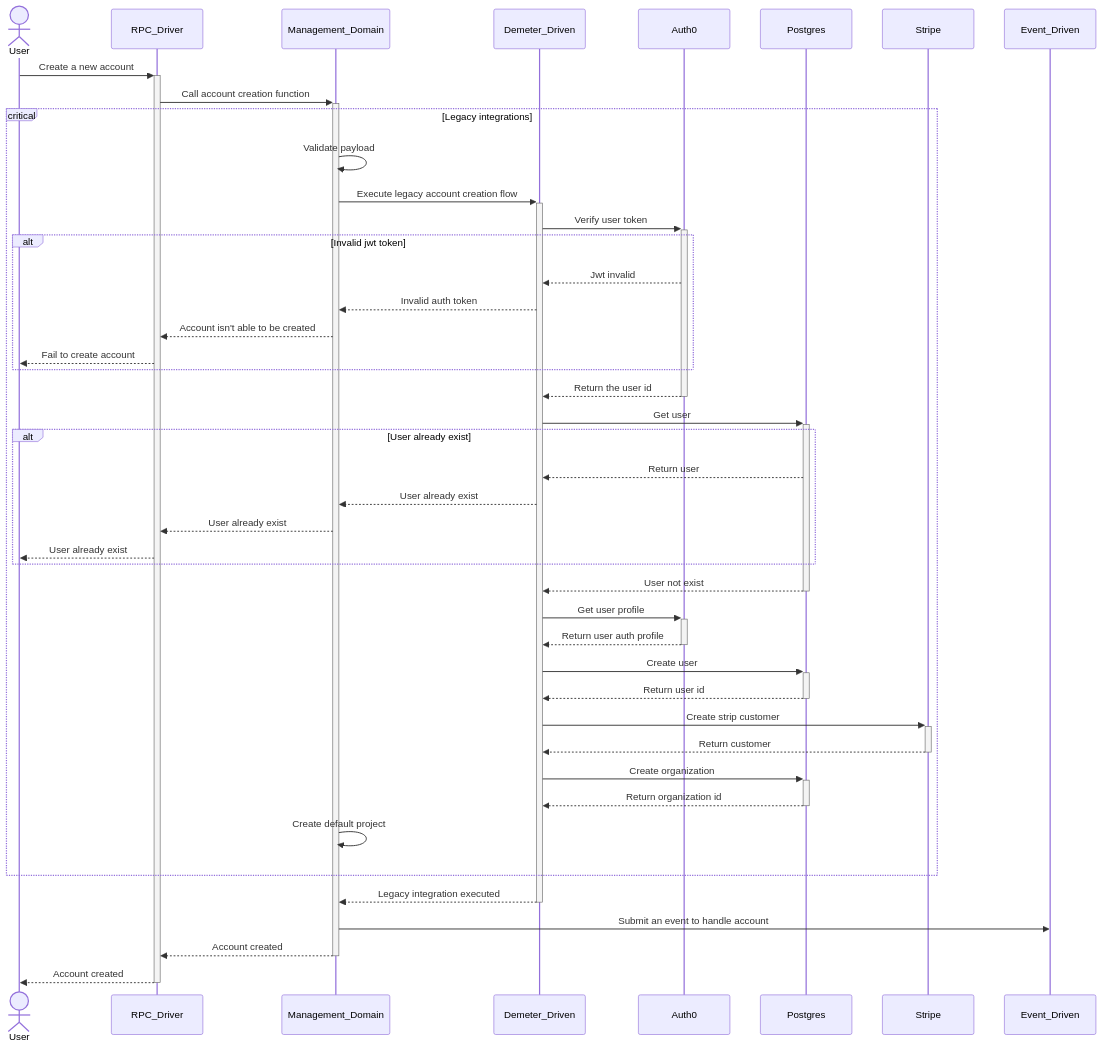
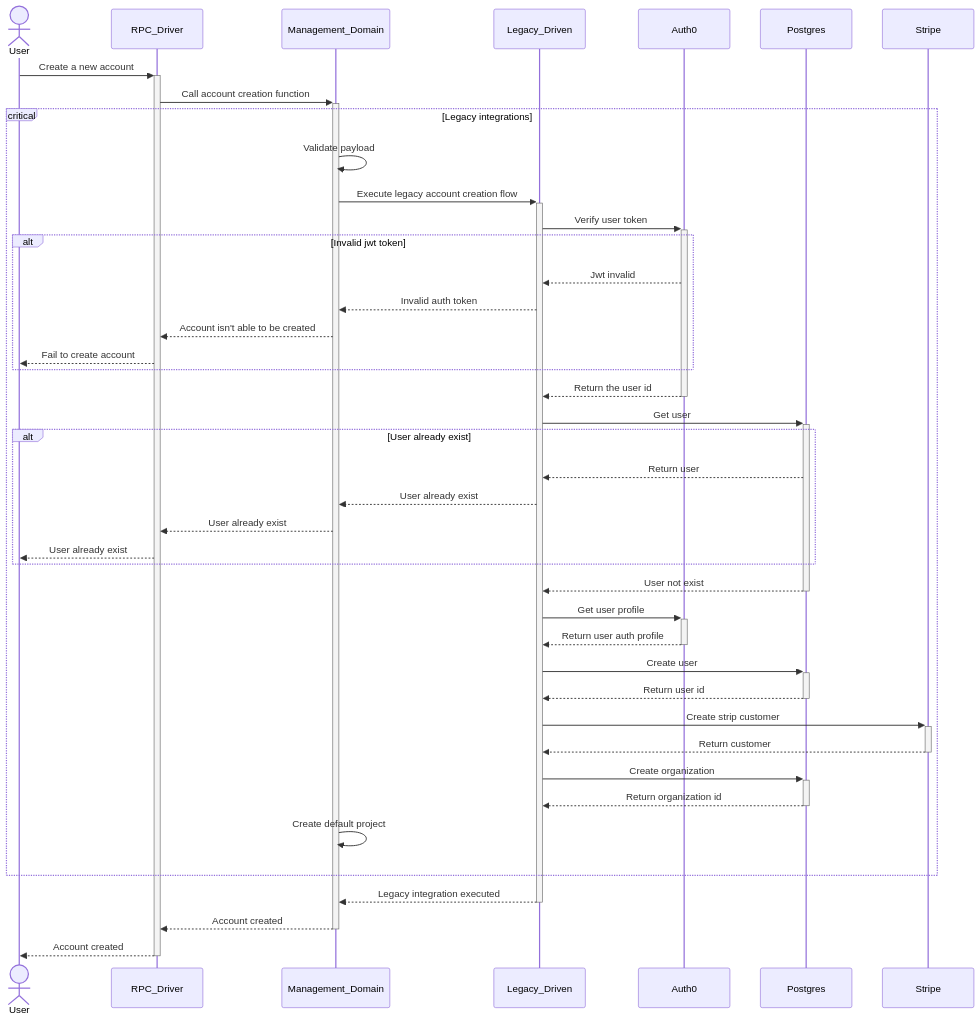
One commit to demeter-run/fabric changed the diagram in diagrams/legacy.md. Above: the diagram before and after it, drawn with Mermaid.

````diff
--- a/diagrams/legacy.md
+++ b/diagrams/legacy.md
@@ -9,52 +9,51 @@
 ```mermaid
 sequenceDiagram
     actor User
 
     User->>+RPC_Driver: Create a new account
     RPC_Driver->>+Management_Domain: Call account creation function
 
     critical Legacy integrations
 
         Management_Domain->>Management_Domain: Validate payload
 
-        Management_Domain->>+Demeter_Driven: Execute legacy account creation flow
-        Demeter_Driven->>+Auth0: Verify user token
+        Management_Domain->>+Legacy_Driven: Execute legacy account creation flow
+        Legacy_Driven->>+Auth0: Verify user token
+        
+        alt Invalid jwt token
+            Auth0-->>Legacy_Driven: Jwt invalid
+            Legacy_Driven-->>Management_Domain: Invalid auth token
+            Management_Domain-->>RPC_Driver: Account isn't able to be created
+            RPC_Driver-->>User: Fail to create account        
+        end 
 
-        alt Invalid jwt token
-            Auth0-->>Demeter_Driven: Jwt invalid
-            Demeter_Driven-->>Management_Domain: Invalid auth token
-            Management_Domain-->>RPC_Driver: Account isn't able to be created
-            RPC_Driver-->>User: Fail to create account
-        end
-
-        Auth0-->>-Demeter_Driven: Return the user id
-        Demeter_Driven->>+Postgres: Get user
+        Auth0-->>-Legacy_Driven: Return the user id
+        Legacy_Driven->>+Postgres: Get user
 
         alt User already exist
-            Postgres-->>Demeter_Driven: Return user
-            Demeter_Driven-->>Management_Domain: User already exist
+            Postgres-->>Legacy_Driven: Return user
+            Legacy_Driven-->>Management_Domain: User already exist
             Management_Domain-->>RPC_Driver: User already exist
             RPC_Driver-->>User: User already exist
         end
+        
+        Postgres-->>-Legacy_Driven: User not exist
+        Legacy_Driven->>+Auth0: Get user profile
+        Auth0-->>-Legacy_Driven: Return user auth profile
 
-        Postgres-->>-Demeter_Driven: User not exist
-        Demeter_Driven->>+Auth0: Get user profile
-        Auth0-->>-Demeter_Driven: Return user auth profile
+        Legacy_Driven->>+Postgres: Create user
+        Postgres-->>-Legacy_Driven: Return user id
 
-        Demeter_Driven->>+Postgres: Create user
-        Postgres-->>-Demeter_Driven: Return user id
+        Legacy_Driven->>+Stripe: Create strip customer
+        Stripe-->>-Legacy_Driven: Return customer
 
-        Demeter_Driven->>+Stripe: Create strip customer
-        Stripe-->>-Demeter_Driven: Return customer
-
-        Demeter_Driven->>+Postgres: Create organization
-        Postgres-->>-Demeter_Driven: Return organization id
+        Legacy_Driven->>+Postgres: Create organization
+        Postgres-->>-Legacy_Driven: Return organization id
 
         Management_Domain->>Management_Domain: Create default project
     end
 
-    Demeter_Driven-->>-Management_Domain: Legacy integration executed
-    Management_Domain->>Event_Driven: Submit an event to handle account
+    Legacy_Driven-->>-Management_Domain: Legacy integration executed
     Management_Domain-->>-RPC_Driver: Account created
     RPC_Driver-->>-User: Account created
 ```
````
